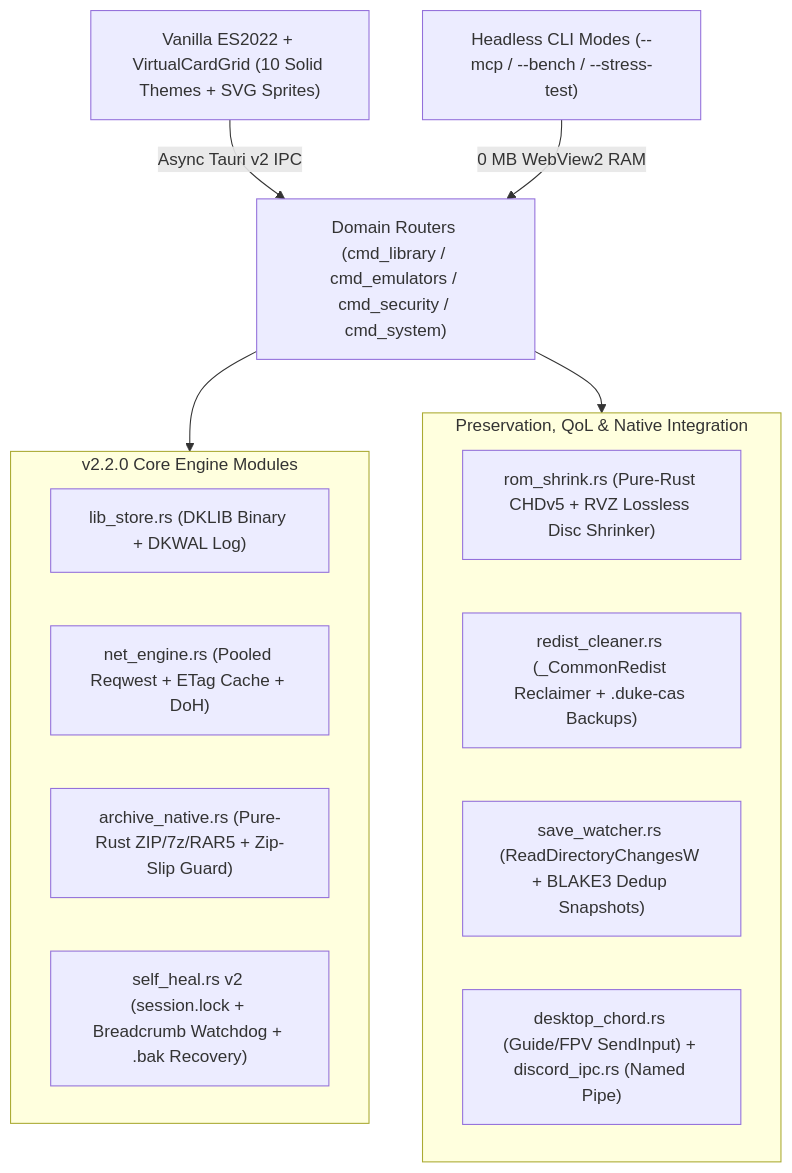
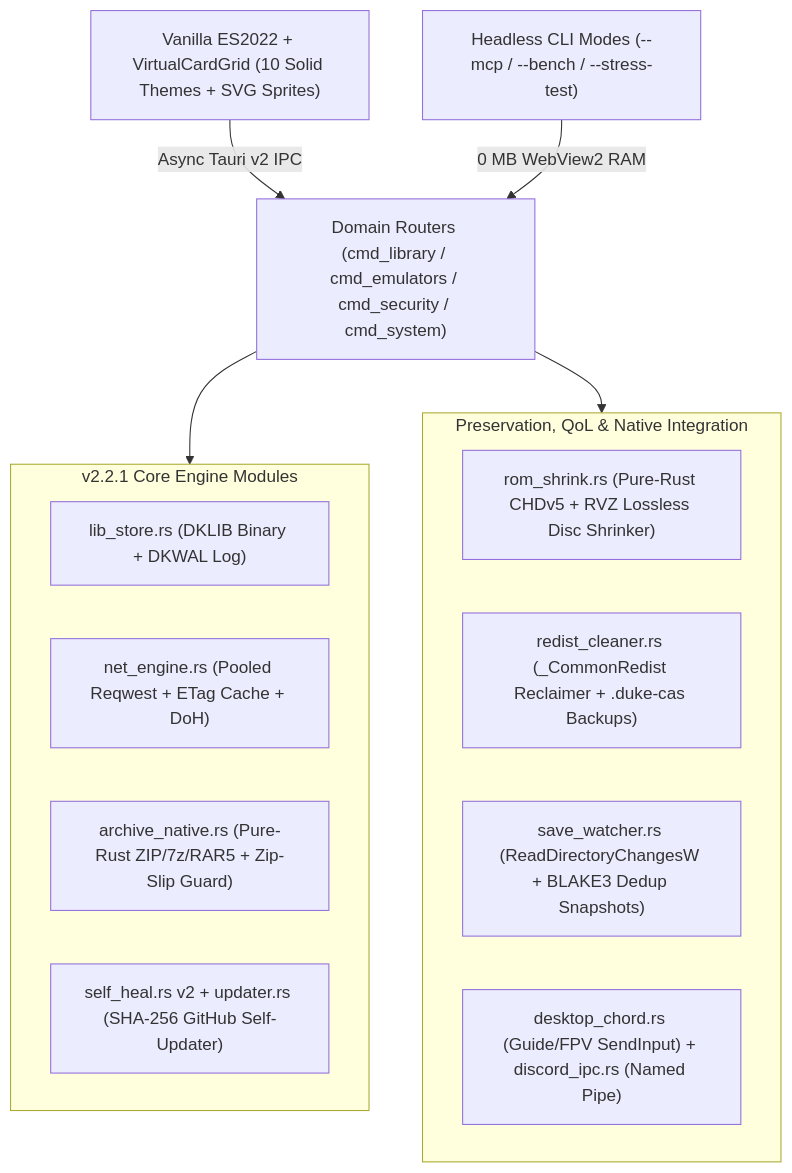
The diagram in README.md (willferrara/duke-systems), drawn with Mermaid before and after one commit. The commit also changed other lines of this file and 17 other files, not shown here.

Commit message:
feat: release Duke Launcher v2.2.1 (GitHub Releases auto-updater, opt-in tray minimize, sidebar stats fix & app factory scaffold)

````diff
--- a/README.md
+++ b/README.md
@@ -69,22 +71,22 @@
 ```mermaid
 flowchart TD
     UI["Vanilla ES2022 + VirtualCardGrid (10 Solid Themes + SVG Sprites)"] -->|"Async Tauri v2 IPC"| Routers["Domain Routers (cmd_library / cmd_emulators / cmd_security / cmd_system)"]
     CLI["Headless CLI Modes (--mcp / --bench / --stress-test)"] -->|"0 MB WebView2 RAM"| Routers
 
-    subgraph CoreV22["v2.2.0 Core Engine Modules"]
+    subgraph CoreV22["v2.2.1 Core Engine Modules"]
         LibStore["lib_store.rs (DKLIB Binary + DKWAL Log)"]
         NetEngine["net_engine.rs (Pooled Reqwest + ETag Cache + DoH)"]
         ArchiveNative["archive_native.rs (Pure-Rust ZIP/7z/RAR5 + Zip-Slip Guard)"]
-        SelfHeal["self_heal.rs v2 (session.lock + Breadcrumb Watchdog + .bak Recovery)"]
+        SelfHeal["self_heal.rs v2 + updater.rs (SHA-256 GitHub Self-Updater)"]
     end
 
     subgraph PreservationAndUx["Preservation, QoL & Native Integration"]
         RomShrink["rom_shrink.rs (Pure-Rust CHDv5 + RVZ Lossless Disc Shrinker)"]
         RedistClean["redist_cleaner.rs (_CommonRedist Reclaimer + .duke-cas Backups)"]
         SaveWatch["save_watcher.rs (ReadDirectoryChangesW + BLAKE3 Dedup Snapshots)"]
         ChordDiscord["desktop_chord.rs (Guide/FPV SendInput) + discord_ipc.rs (Named Pipe)"]
     end
 
     Routers --> CoreV22
     Routers --> PreservationAndUx
 ```
````
